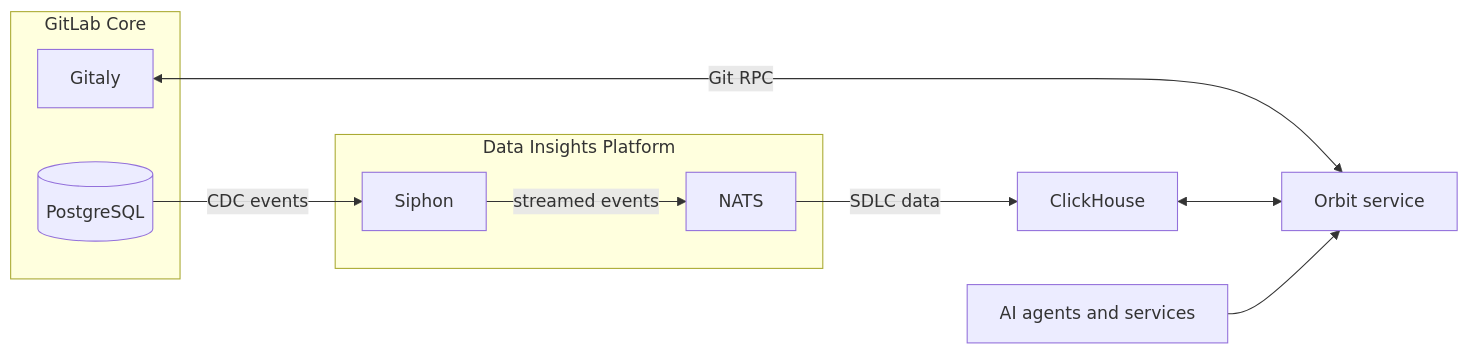
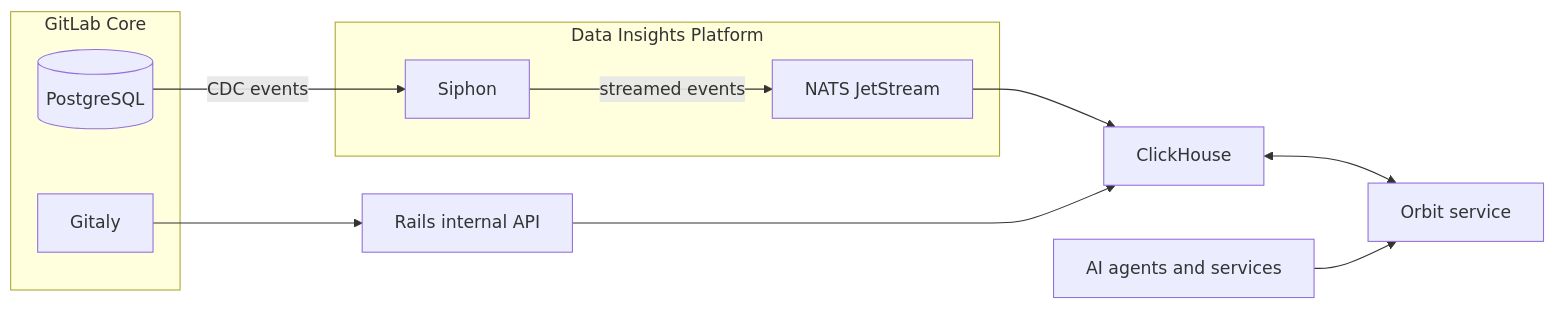
Before and after one commit to gitlabhq/orbit-knowledge-graph: the diagram in docs/source/_index.md, drawn with Mermaid. The commit also changed other lines of this file, not shown here.

Commit message:
docs: Edit architecture for accuracy

````diff
--- a/docs/source/_index.md
+++ b/docs/source/_index.md
@@ -89,22 +82,24 @@
 ```mermaid
+%%{init: { "fontFamily": "GitLab Sans" }}%%
 flowchart LR
   accTitle: Orbit architecture
-  accDescr: Data flows from PostgreSQL and Gitaly through Siphon, NATS, and ClickHouse into the Orbit service, which is then queried by AI agents and services.
+  accDescr: Data flows from PostgreSQL through Siphon, NATS, and ClickHouse into the Orbit service, which is then queried by AI agents and services.
 
   subgraph GitLabCore[GitLab Core]
     PG[(PostgreSQL)]
     Gitaly[Gitaly]
   end
 
   subgraph DataPipeline[Data Insights Platform]
     Siphon[Siphon]
-    NATS[NATS]
+    NATS[NATS JetStream]
   end
 
   PG -- "CDC events" --> Siphon
   Siphon -- "streamed events" --> NATS
-  NATS -- "SDLC data" --> CH[ClickHouse]
-  Gitaly <-- "Git RPC" --> Orbit[Orbit service]
-  CH <--> Orbit
+  NATS --> CH[ClickHouse]
+  Gitaly --> Rails[Rails internal API]
+  Rails --> CH
+  CH <--> Orbit[Orbit service]
   Clients[AI agents and services] --> Orbit
 ```
````
